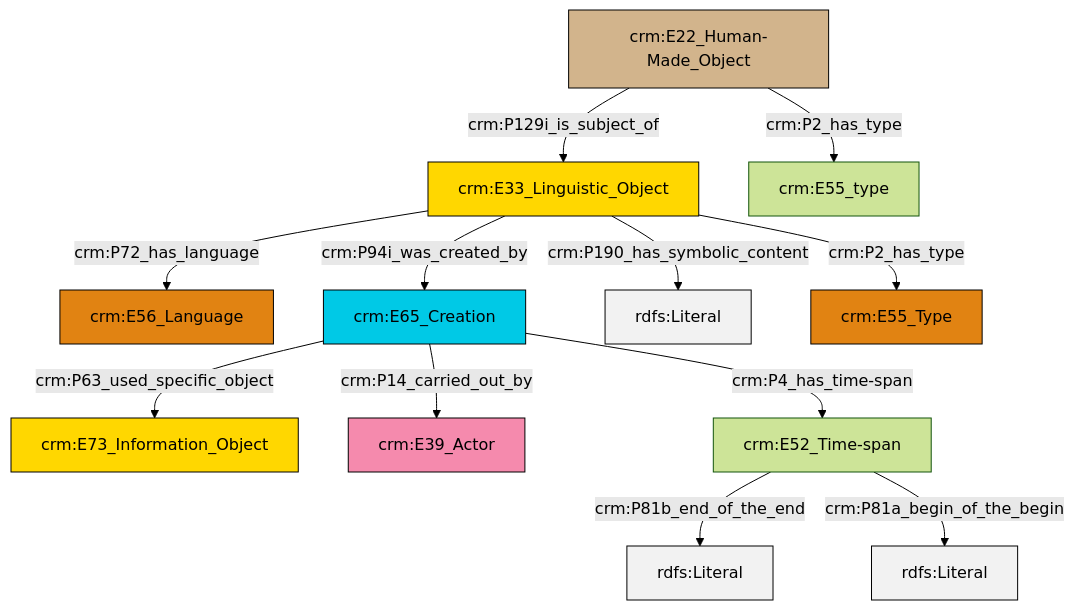
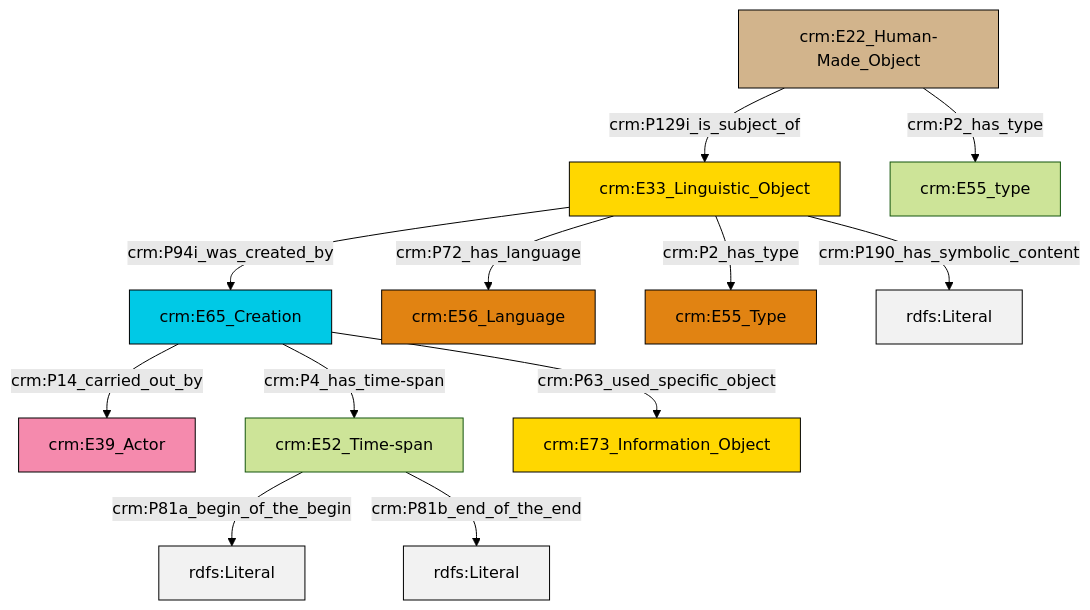
The diagram in et/artworkCSV/ttl/mmd/Artwork_Description.ttl.mmd (swiss-art-research-net/docs.swissartresearch), drawn with Mermaid (forest theme) before and after one commit. The commit also changed 178 other files, not shown here.

```diff
--- a/et/artworkCSV/ttl/mmd/Artwork_Description.ttl.mmd
+++ b/et/artworkCSV/ttl/mmd/Artwork_Description.ttl.mmd
@@ -1,26 +1,26 @@
 graph TD
 classDef Literal fill:#f2f2f2,stroke:#000000;
 classDef CRM_Entity fill:#FFFFFF,stroke:#000000;
 classDef Temporal_Entity fill:#00C9E6, stroke:#000000;
 classDef Type fill:#E18312, stroke:#000000;
 classDef Time-Span fill:#2C9C91, stroke:#000000;
 classDef Appellation fill:#FFEB7F, stroke:#000000;
 classDef Place fill:#008836, stroke:#000000;
 classDef Persistent_Item fill:#B266B2, stroke:#000000;
 classDef Conceptual_Object fill:#FFD700, stroke:#000000;
 classDef Physical_Thing fill:#D2B48C, stroke:#000000;
 classDef Actor fill:#f58aad, stroke:#000000;
 classDef PC_Classes fill:#4ce600, stroke:#000000;
 classDef Multi fill:#cccccc,stroke:#000000;
 
-2["crm:E33_Linguistic_Object"]:::Conceptual_Object -->|crm:P72_has_language| 3["crm:E56_Language"]:::Type
-2["crm:E33_Linguistic_Object"]:::Conceptual_Object -->|crm:P94i_was_created_by| 8["crm:E65_Creation"]:::Temporal_Entity
-2["crm:E33_Linguistic_Object"]:::Conceptual_Object -->|crm:P190_has_symbolic_content| 12[rdfs:Literal]:::Literal
-8["crm:E65_Creation"]:::Temporal_Entity -->|crm:P63_used_specific_object| 0["crm:E73_Information_Object"]:::Conceptual_Object
-16["crm:E22_Human-Made_Object"]:::Physical_Thing -->|crm:P129i_is_subject_of| 2["crm:E33_Linguistic_Object"]:::Conceptual_Object
-6["crm:E52_Time-span"]:::Default -->|crm:P81b_end_of_the_end| 19[rdfs:Literal]:::Literal
-16["crm:E22_Human-Made_Object"]:::Physical_Thing -->|crm:P2_has_type| 10["crm:E55_type"]:::Default
-8["crm:E65_Creation"]:::Temporal_Entity -->|crm:P14_carried_out_by| 4["crm:E39_Actor"]:::Actor
-8["crm:E65_Creation"]:::Temporal_Entity -->|crm:P4_has_time-span| 6["crm:E52_Time-span"]:::Default
-6["crm:E52_Time-span"]:::Default -->|crm:P81a_begin_of_the_begin| 20[rdfs:Literal]:::Literal
-2["crm:E33_Linguistic_Object"]:::Conceptual_Object -->|crm:P2_has_type| 13["crm:E55_Type"]:::Type
+2["crm:E22_Human-Made_Object"]:::Physical_Thing -->|crm:P129i_is_subject_of| 3["crm:E33_Linguistic_Object"]:::Conceptual_Object
+4["crm:E52_Time-span"]:::Default -->|crm:P81a_begin_of_the_begin| 5[rdfs:Literal]:::Literal
+2["crm:E22_Human-Made_Object"]:::Physical_Thing -->|crm:P2_has_type| 7["crm:E55_type"]:::Default
+10["crm:E65_Creation"]:::Temporal_Entity -->|crm:P63_used_specific_object| 8["crm:E73_Information_Object"]:::Conceptual_Object
+3["crm:E33_Linguistic_Object"]:::Conceptual_Object -->|crm:P94i_was_created_by| 10["crm:E65_Creation"]:::Temporal_Entity
+10["crm:E65_Creation"]:::Temporal_Entity -->|crm:P4_has_time-span| 4["crm:E52_Time-span"]:::Default
+10["crm:E65_Creation"]:::Temporal_Entity -->|crm:P14_carried_out_by| 0["crm:E39_Actor"]:::Actor
+3["crm:E33_Linguistic_Object"]:::Conceptual_Object -->|crm:P2_has_type| 13["crm:E55_Type"]:::Type
+4["crm:E52_Time-span"]:::Default -->|crm:P81b_end_of_the_end| 18[rdfs:Literal]:::Literal
+3["crm:E33_Linguistic_Object"]:::Conceptual_Object -->|crm:P72_has_language| 11["crm:E56_Language"]:::Type
+3["crm:E33_Linguistic_Object"]:::Conceptual_Object -->|crm:P190_has_symbolic_content| 20[rdfs:Literal]:::Literal
```
